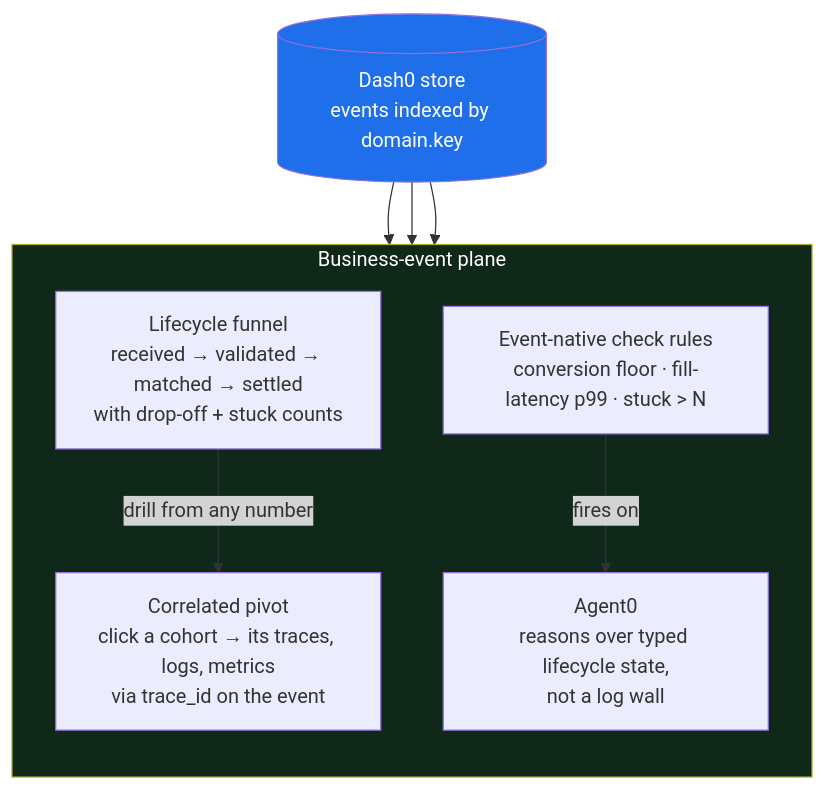
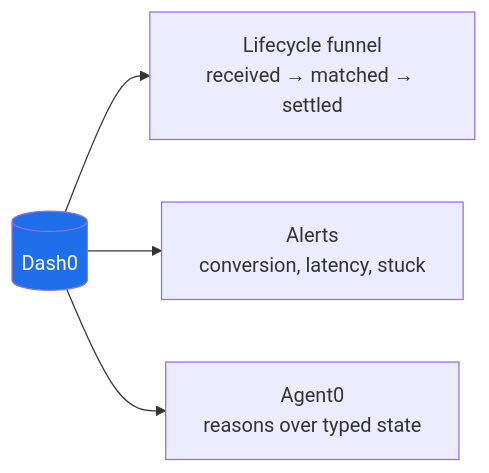
The third of 3 diagrams in observability/dash0/business-events-implementation.md (vzahanych/handbook-infra), drawn with Mermaid before and after one commit. The commit also changed other lines of this file, not shown here.

````diff
--- a/observability/dash0/business-events-implementation.md
+++ b/observability/dash0/business-events-implementation.md
@@ -216,21 +84,13 @@
 ```mermaid
-flowchart TB
-  DASH0[("Dash0 store<br/>events indexed by domain.key")]
-
-  subgraph VIEWS["Business-event plane"]
-    direction TB
-    F["Lifecycle funnel<br/>received → validated → matched → settled<br/>with drop-off + stuck counts"]
-    P["Correlated pivot<br/>click a cohort → its traces, logs, metrics<br/>via trace_id on the event"]
-    R["Event-native check rules<br/>conversion floor · fill-latency p99 · stuck > N"]
-    AG["Agent0<br/>reasons over typed lifecycle state,<br/>not a log wall"]
-  end
+flowchart LR
+  DASH0[("Dash0")]
+  F["Lifecycle funnel<br/>received → matched → settled"]
+  A["Alerts<br/>conversion, latency, stuck"]
+  AG["Agent0<br/>reasons over typed state"]
 
   DASH0 --> F
-  DASH0 --> P
-  DASH0 --> R
-  F -->|"drill from any number"| P
-  R -->|"fires on"| AG
+  DASH0 --> A
+  DASH0 --> AG
 
   style DASH0 fill:#1f6feb,color:#fff
-  style VIEWS fill:#10281a,color:#fff
 ```
````
